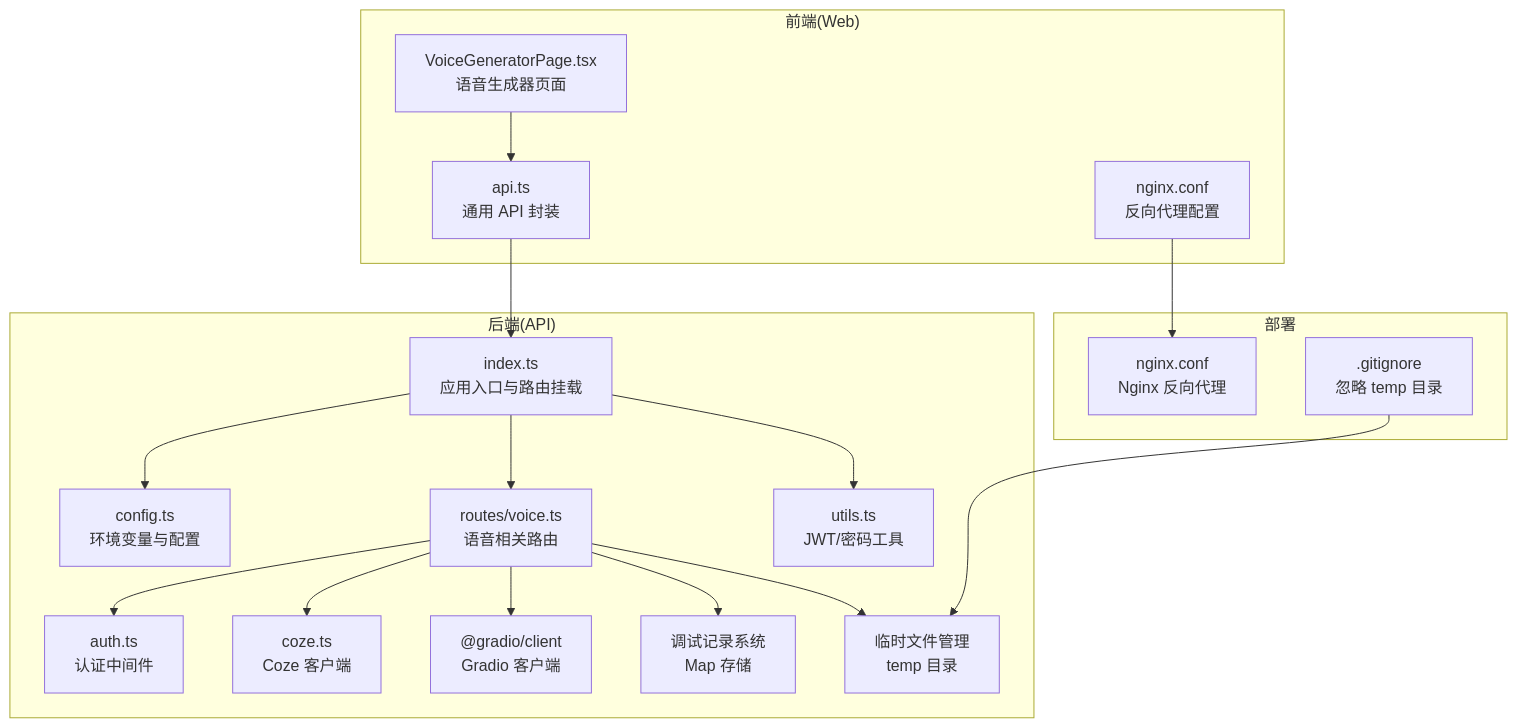
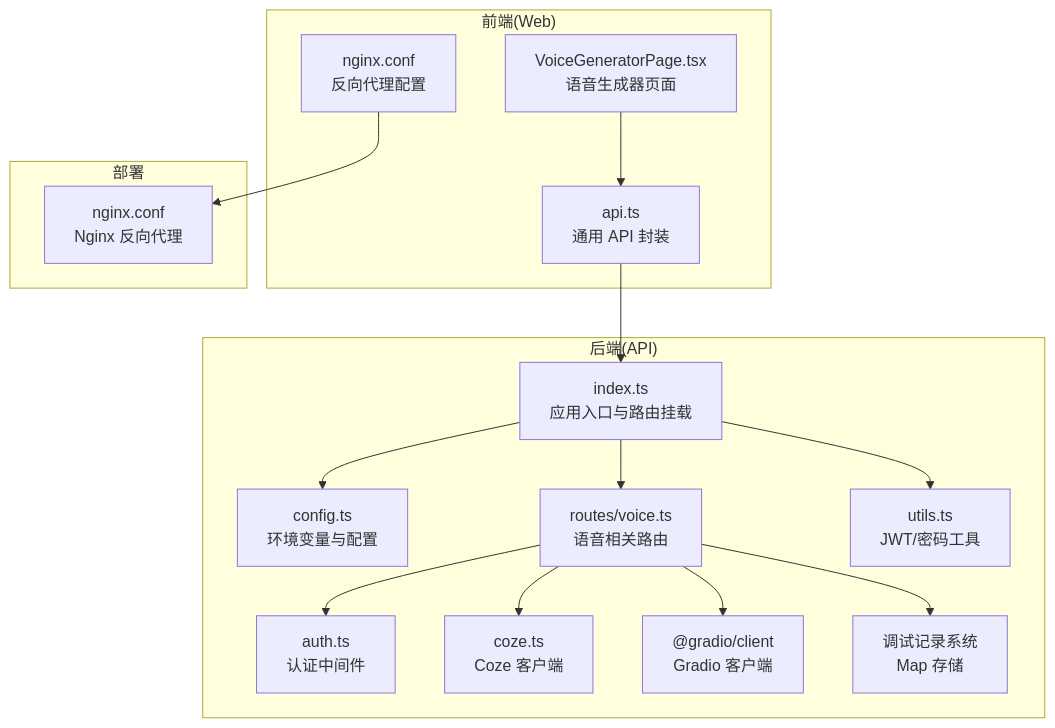
One commit to hanksd769-droid/sailshub changed the first of 4 diagrams in .qoder/repowiki/zh/content/语音生成系统.md. Above: the diagram before and after it, drawn with Mermaid. The commit also changed other lines of this file and 3 other files, not shown here.

````diff
--- a/.qoder/repowiki/zh/content/语音生成系统.md
+++ b/.qoder/repowiki/zh/content/语音生成系统.md
@@ -57,35 +56,31 @@
 ```mermaid
 graph TB
 subgraph "前端(Web)"
 WG["VoiceGeneratorPage.tsx<br/>语音生成器页面"]
 API["api.ts<br/>通用 API 封装"]
 NGINX["nginx.conf<br/>反向代理配置"]
 end
 subgraph "后端(API)"
 IDX["index.ts<br/>应用入口与路由挂载"]
 CFG["config.ts<br/>环境变量与配置"]
 AUTH["auth.ts<br/>认证中间件"]
 VOICE["routes/voice.ts<br/>语音相关路由"]
 COZE["coze.ts<br/>Coze 客户端"]
 UTIL["utils.ts<br/>JWT/密码工具"]
 GRADIO["@gradio/client<br/>Gradio 客户端"]
 DEBUG["调试记录系统<br/>Map 存储"]
-TEMP["临时文件管理<br/>temp 目录"]
 end
 subgraph "部署"
 NGINX_CFG["nginx.conf<br/>Nginx 反向代理"]
-GITIGNORE[".gitignore<br/>忽略 temp 目录"]
 end
 WG --> API
 API --> IDX
 IDX --> VOICE
 VOICE --> AUTH
 VOICE --> COZE
 VOICE --> GRADIO
 VOICE --> DEBUG
-VOICE --> TEMP
 IDX --> CFG
 IDX --> UTIL
 NGINX --> NGINX_CFG
-GITIGNORE --> TEMP
 ```
````
